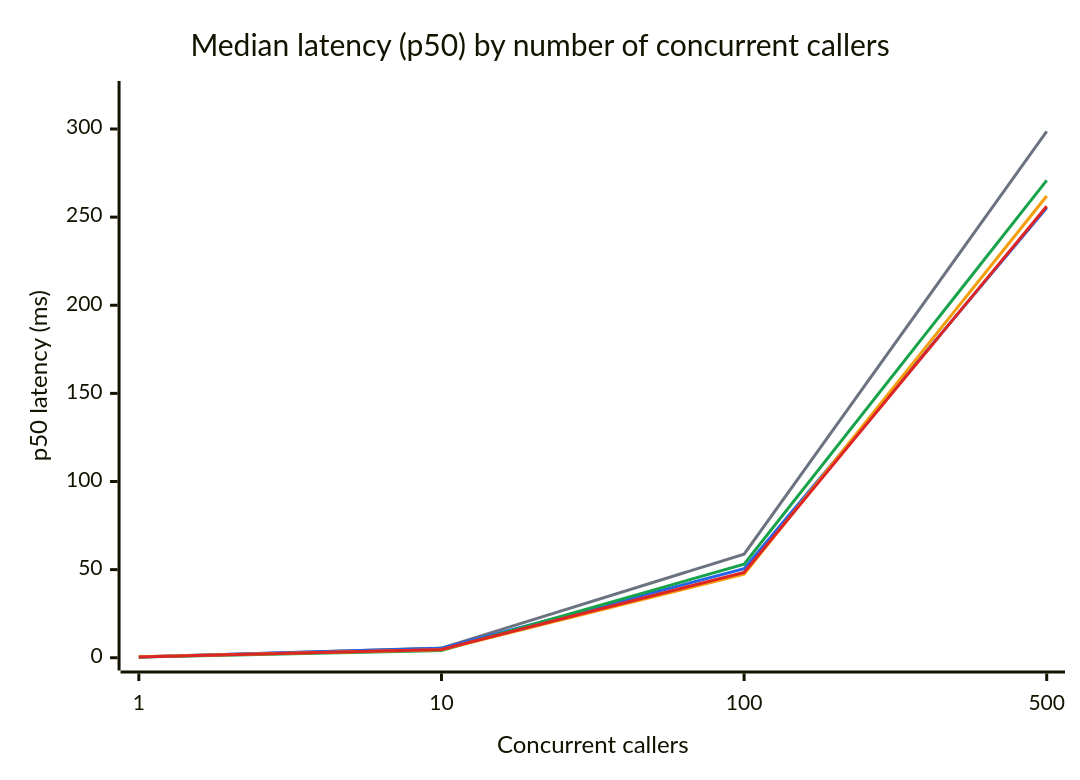
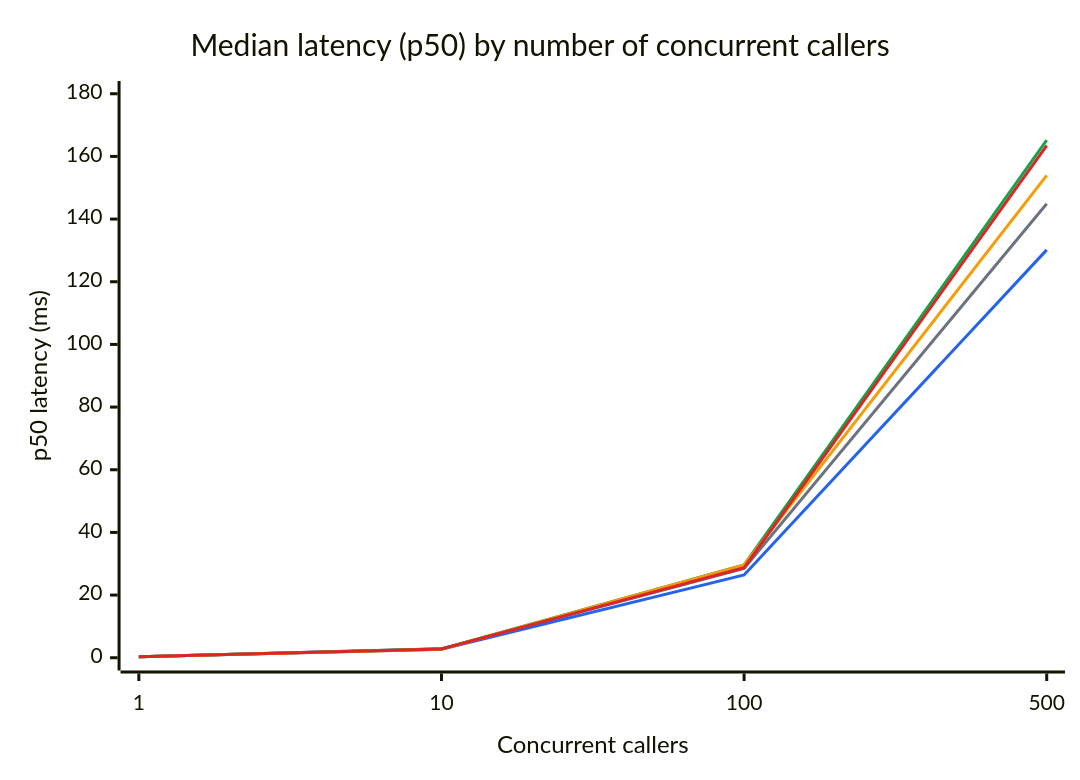
One commit to aisrael/hsm-signing-service changed the first of 9 diagrams in docs/benchmarks.md. Above: the diagram before and after it, drawn with Mermaid. The commit also changed other lines of this file and 1 other file, not shown here.

````diff
--- a/docs/benchmarks.md
+++ b/docs/benchmarks.md
@@ -65,12 +66,12 @@
 ```mermaid
 %%{init: {"themeVariables": {"xyChart": {"plotColorPalette": "#6b7280,#2563eb,#16a34a,#f59e0b,#dc2626"}}}}%%
 xychart-beta
     title "Median latency (p50) by number of concurrent callers"
     x-axis "Concurrent callers" ["1", "10", "100", "500"]
-    y-axis "p50 latency (ms)" 0 --> 320
-    line [0.42, 5.48, 58.76, 298.64]
-    line [0.46, 5.38, 50.51, 255.29]
-    line [0.39, 4.11, 53.08, 270.86]
-    line [0.57, 4.55, 47.48, 262.00]
-    line [0.47, 4.70, 48.46, 256.21]
+    y-axis "p50 latency (ms)" 0 --> 180
+    line [0.34, 2.84, 28.50, 144.87]
+    line [0.35, 2.71, 26.43, 130.17]
+    line [0.34, 2.84, 29.62, 165.20]
+    line [0.33, 2.69, 29.61, 153.95]
+    line [0.33, 2.80, 28.75, 163.47]
 ```
````
